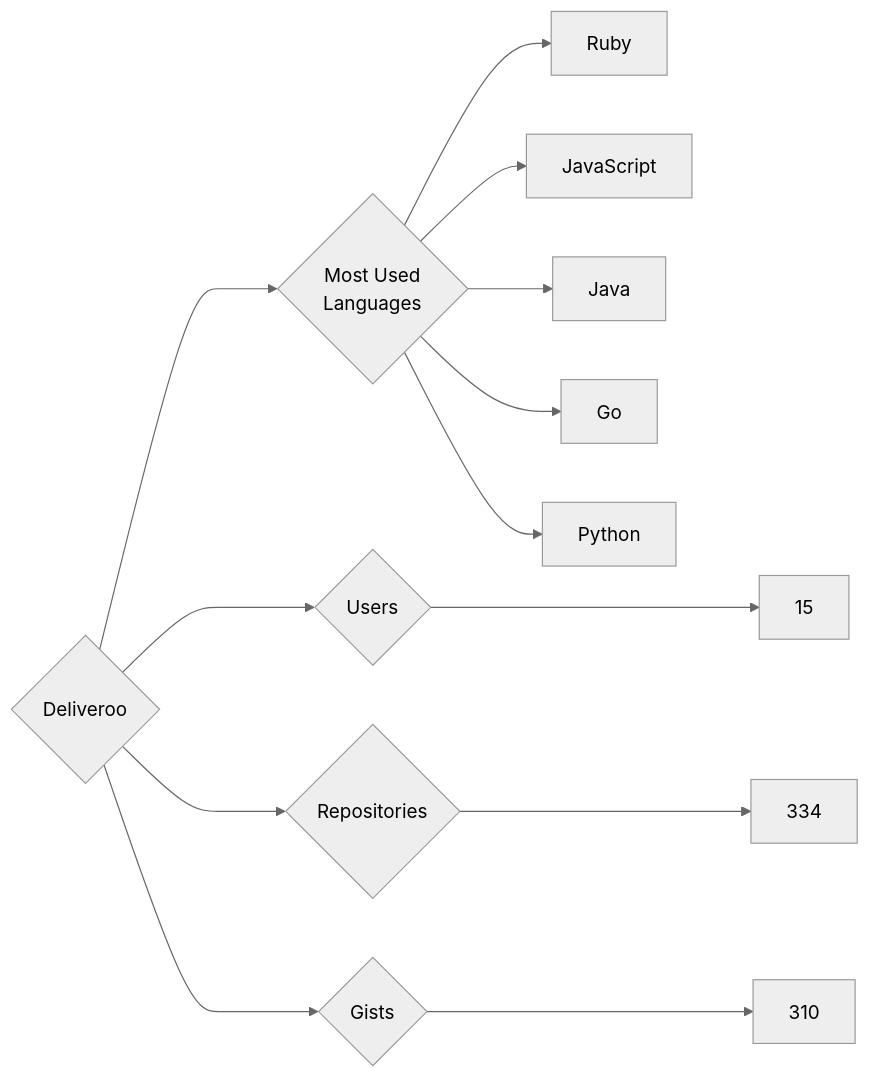
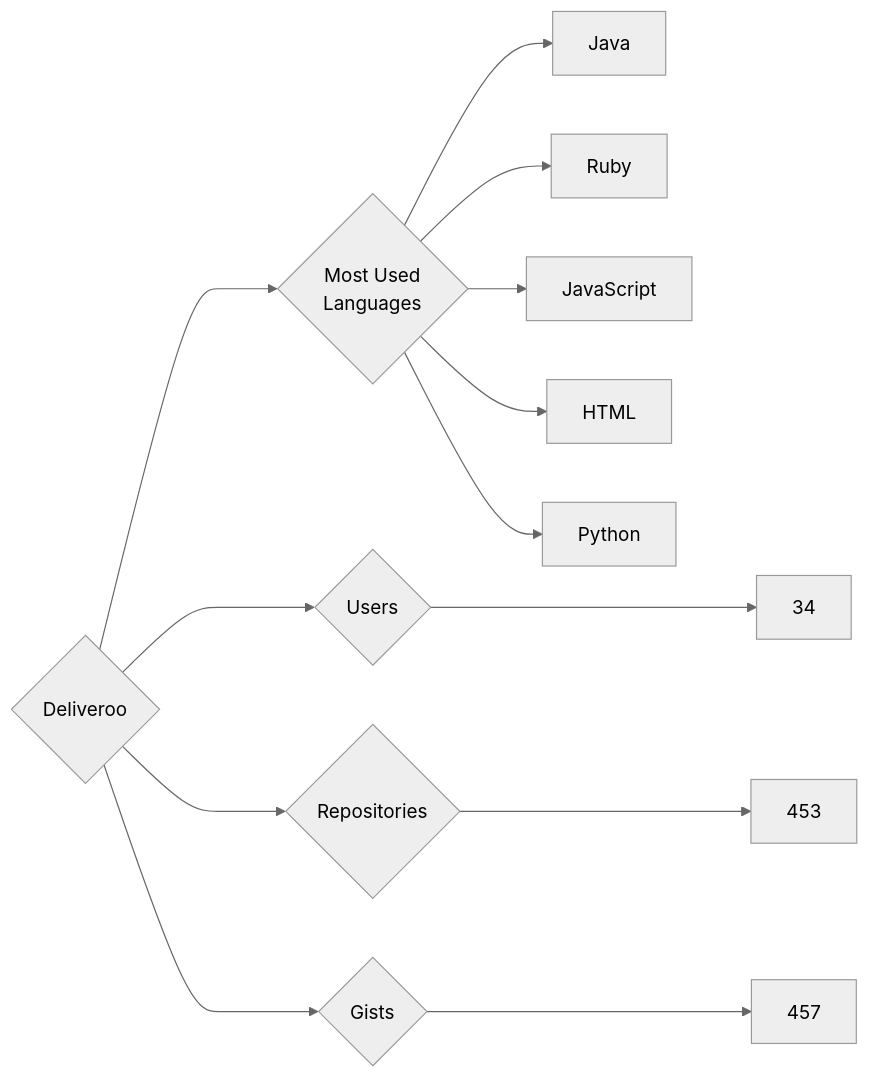
The diagram in targets/Deliveroo/README.md (trickest/insiders), drawn with Mermaid (neutral theme) before and after one commit. The commit also changed 823 other files, not shown here.

````diff
--- a/targets/Deliveroo/README.md
+++ b/targets/Deliveroo/README.md
@@ -3,13 +3,13 @@
 ```mermaid
 graph LR
 COMPANY_NAME{Deliveroo}
-COMPANY_NAME ---> U{Users} ---> UN[15]
-COMPANY_NAME ---> R{Repositories} ---> RN[334]
-COMPANY_NAME ---> G{Gists} ---> GN[310]
+COMPANY_NAME ---> U{Users} ---> UN[34]
+COMPANY_NAME ---> R{Repositories} ---> RN[453]
+COMPANY_NAME ---> G{Gists} ---> GN[457]
 COMPANY_NAME ---> ML{Most Used<br>Languages}
+ML --> Java[Java]
 ML --> Ruby[Ruby]
 ML --> JavaScript[JavaScript]
-ML --> Java[Java]
-ML --> Go[Go]
+ML --> HTML[HTML]
 ML --> Python[Python]
 ```
````
